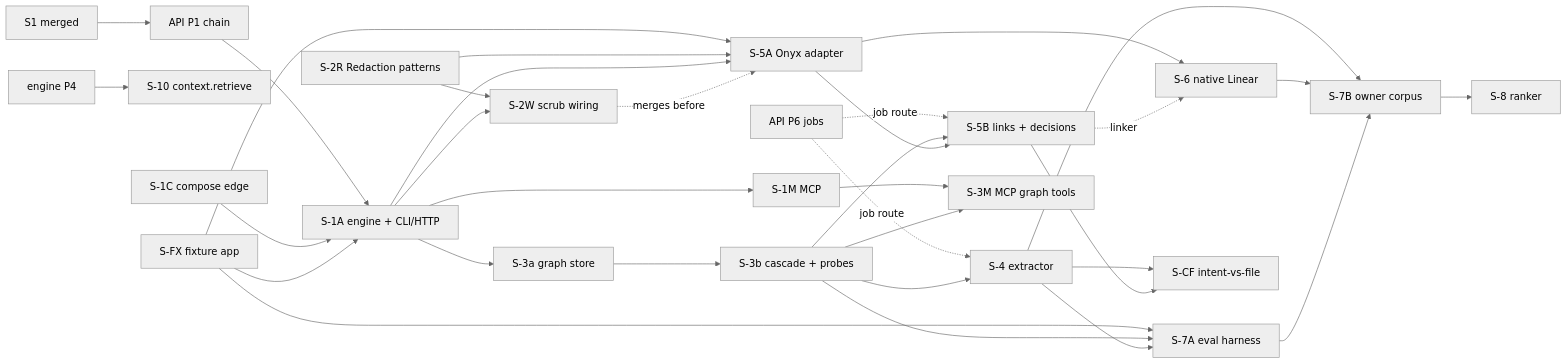
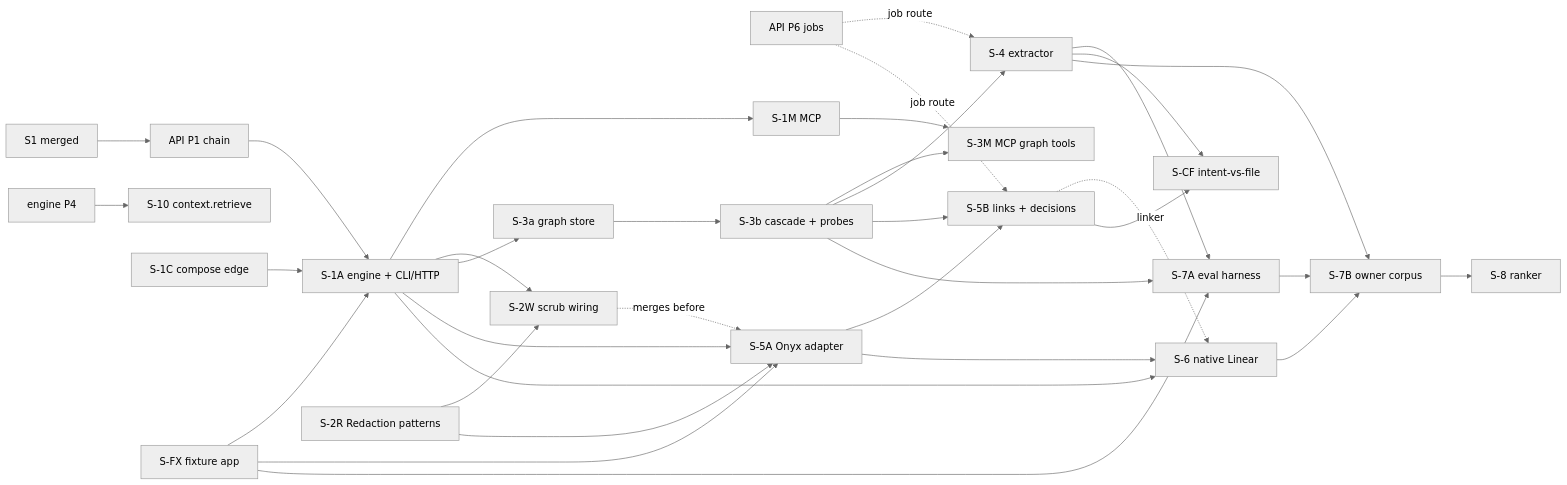
The diagram in docs/superpowers/specs/2026-10-10-sindri-context-retrieval-design.md (joithor/agentic-workflow), drawn with Mermaid (neutral theme) before and after one commit. The commit also changed other lines of this file, not shown here.

````diff
--- a/docs/superpowers/specs/2026-10-10-sindri-context-retrieval-design.md
+++ b/docs/superpowers/specs/2026-10-10-sindri-context-retrieval-design.md
@@ -841,35 +841,36 @@
 ```mermaid
 flowchart LR
   S1[S1 merged] --> P1[API P1 chain]
   P1 --> S1A
   P6[API P6 jobs] -. job route .-> S4
   P6 -. job route .-> S5B
   WF4[engine P4] --> S10[S-10 context.retrieve]
   S1C[S-1C compose edge] --> S1A
   SFX[S-FX fixture app] --> S1A
   SFX --> S5A
   SFX --> S7A
   S2R[S-2R Redaction patterns] --> S2W
   S2R --> S5A
   S1A[S-1A engine + CLI/HTTP] --> S1M[S-1M MCP]
   S1A --> S2W[S-2W scrub wiring]
   S1A --> S3a[S-3a graph store]
   S3a --> S3b[S-3b cascade + probes]
   S1A --> S5A[S-5A Onyx adapter]
   S2W -. merges before .-> S5A
   S1M --> S3M[S-3M MCP graph tools]
   S3b --> S3M
   S3b --> S4[S-4 extractor]
   S3b --> S5B[S-5B links + decisions]
   S5A --> S5B
   S5A --> S6[S-6 native Linear]
+  S1A --> S6
   S5B -. linker .-> S6
   S3b --> S7A[S-7A eval harness]
   S4 --> S7A
   S4 --> SCF[S-CF intent-vs-file]
   S5B --> SCF
   S4 --> S7B[S-7B owner corpus]
   S6 --> S7B
   S7A --> S7B
   S7B --> S8[S-8 ranker]
 ```
````
